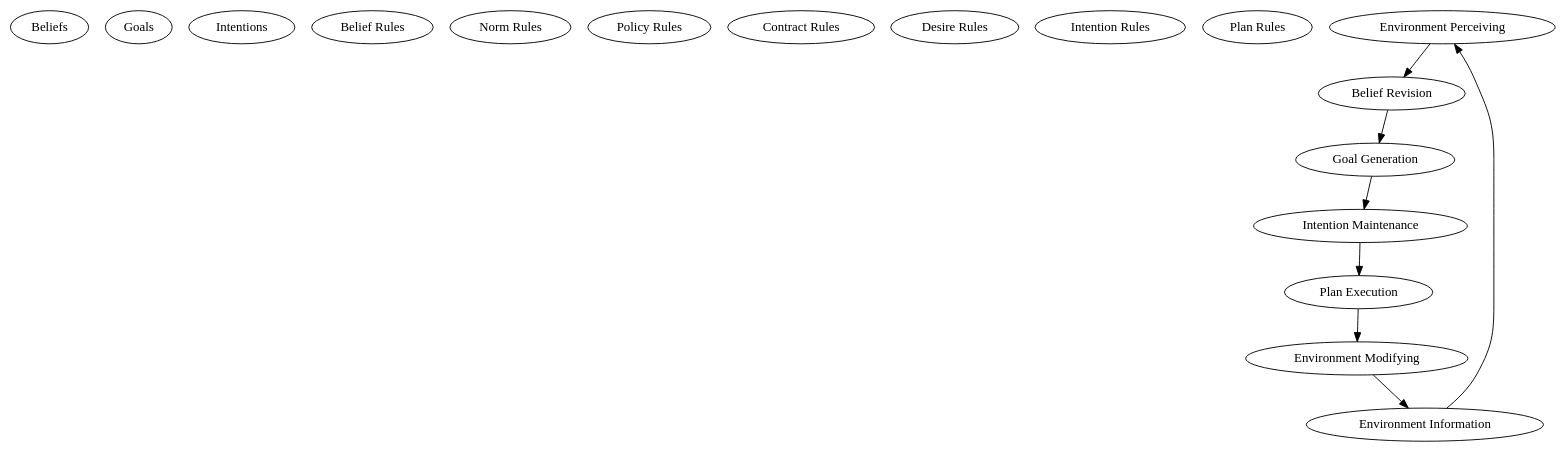
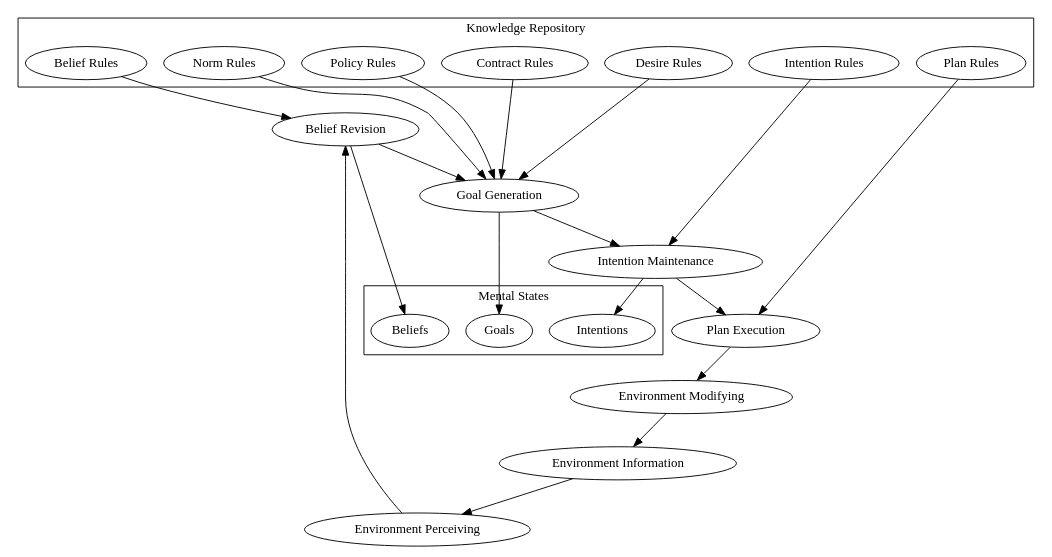
Before and after one commit to Entze/APIA: the diagram in Figures/NPCD-agent/Architecture.dot, drawn with Graphviz. The commit also changed 1 other file, not shown here.

Commit message:
Update graphviz figures

```diff
--- a/Figures/NPCD-agent/Architecture.dot
+++ b/Figures/NPCD-agent/Architecture.dot
@@ -1,30 +1,39 @@
 digraph {
-    subgraph {
+    subgraph cluster_mental_states {
         label = "Mental States";
+        shape = oval;
         "Beliefs";
         "Goals";
         "Intentions";
     }
 
-    subgraph {
+    subgraph cluster_knowledge_respository {
         label = "Knowledge Repository";
         "Belief Rules";
         "Norm Rules";
         "Policy Rules";
         "Contract Rules";
         "Desire Rules";
         "Intention Rules";
         "Plan Rules";
     }
+    subgraph process {
+        "Environment Perceiving";
+        "Belief Revision";
+        "Goal Generation";
+        "Intention Maintenance";
+        "Plan Execution";
+        "Environment Modifying";
+        "Environment Information" [shape = oval];
+    }
 
-    "Environment Perceiving";
-    "Belief Revision";
-    "Goal Generation";
-    "Intention Maintenance";
-    "Plan Execution";
-    "Environment Modifying";
-    "Environment Information";
+    node [shape = rectangle];
 
     "Environment Perceiving" -> "Belief Revision" -> "Goal Generation" -> "Intention Maintenance" -> "Plan Execution";
     "Plan Execution" -> "Environment Modifying" -> "Environment Information" -> "Environment Perceiving";
+
+    "Belief Rules" -> "Belief Revision" -> "Beliefs";
+    {"Norm Rules" "Policy Rules" "Contract Rules" "Desire Rules"} -> "Goal Generation" -> "Goals";
+    "Intention Rules" -> "Intention Maintenance" -> "Intentions";
+    "Plan Rules" -> "Plan Execution";
 }
```
